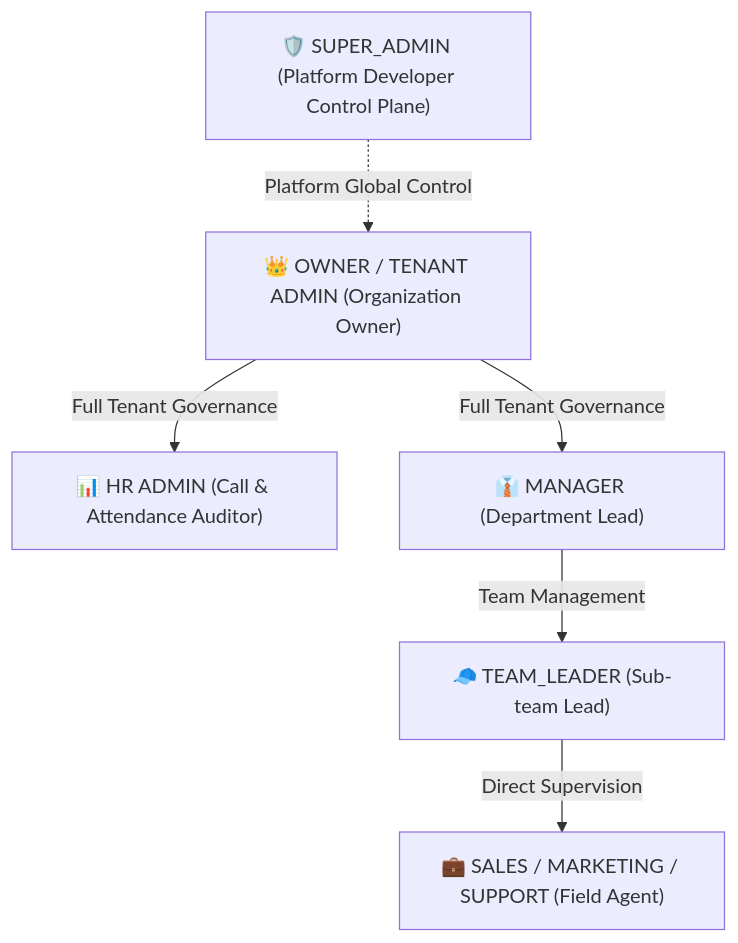
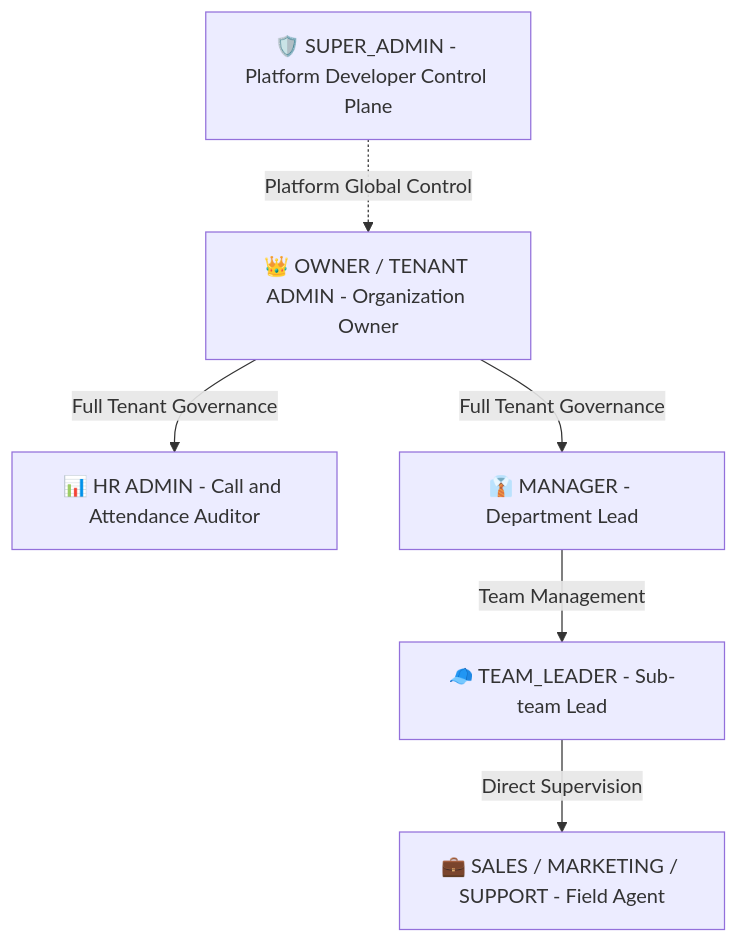
Before and after one commit to aditya-k-rai/DAS-CRM: the third of 12 diagrams in README.md, drawn with Mermaid. The commit also changed other lines of this file, not shown here.

First line of the commit message:
fix: repair broken Mermaid diagrams in README

````diff
--- a/README.md
+++ b/README.md
@@ -158,15 +164,15 @@
 ```mermaid
 graph TD
-    SA["🛡️ SUPER_ADMIN (Platform Developer Control Plane)"]
-    OWN["👑 OWNER / TENANT ADMIN (Organization Owner)"]
-    HR["📊 HR ADMIN (Call & Attendance Auditor)"]
-    MGR["👔 MANAGER (Department Lead)"]
-    TL["🧢 TEAM_LEADER (Sub-team Lead)"]
-    SLS["💼 SALES / MARKETING / SUPPORT (Field Agent)"]
+    SA["🛡️ SUPER_ADMIN - Platform Developer Control Plane"]
+    OWN["👑 OWNER / TENANT ADMIN - Organization Owner"]
+    HR["📊 HR ADMIN - Call and Attendance Auditor"]
+    MGR["👔 MANAGER - Department Lead"]
+    TL["🧢 TEAM_LEADER - Sub-team Lead"]
+    SLS["💼 SALES / MARKETING / SUPPORT - Field Agent"]
 
     SA -.->|Platform Global Control| OWN
     OWN -->|Full Tenant Governance| HR
     OWN -->|Full Tenant Governance| MGR
     MGR -->|Team Management| TL
     TL -->|Direct Supervision| SLS
 ```
````
